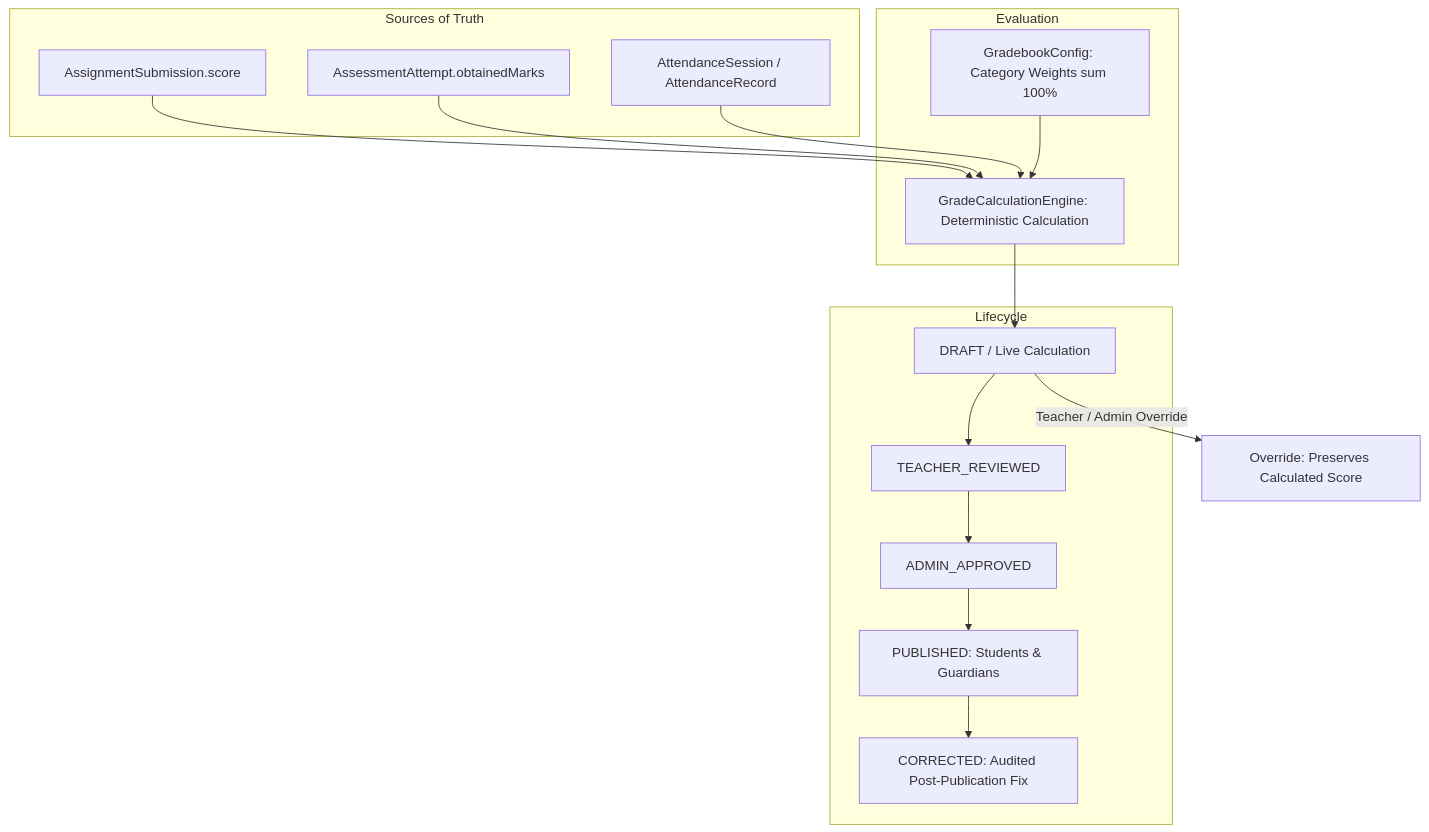
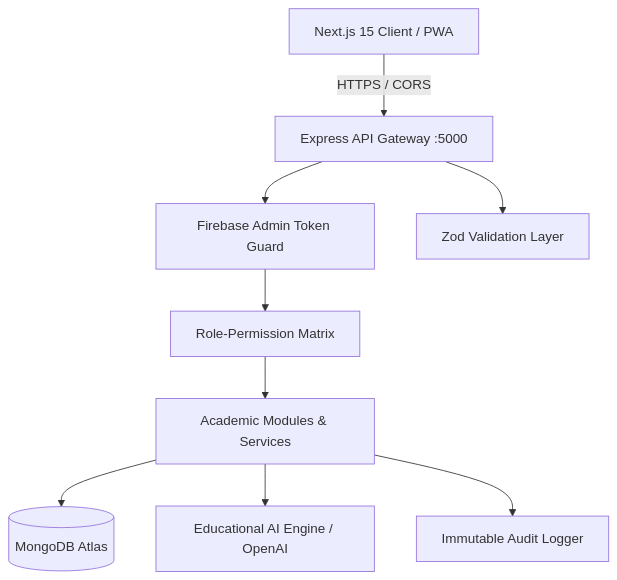
The diagram in README.md (MSabbirHossen/ETA), drawn with Mermaid before and after one commit. The commit also changed other lines of this file, not shown here.

````diff
--- a/README.md
+++ b/README.md
@@ -351,27 +225,11 @@
 ```mermaid
 graph TD
-    subgraph Sources of Truth
-        Sub[AssignmentSubmission.score]
-        Att[AssessmentAttempt.obtainedMarks]
-        Rec[AttendanceSession / AttendanceRecord]
-    end
-
-    subgraph Evaluation
-        Config[GradebookConfig: Category Weights sum 100%]
-        Engine[GradeCalculationEngine: Deterministic Calculation]
-        Sub --> Engine
-        Att --> Engine
-        Rec --> Engine
-        Config --> Engine
-    end
-
-    subgraph Lifecycle
-        Draft[DRAFT / Live Calculation] --> TeacherRev[TEACHER_REVIEWED]
-        TeacherRev --> AdminAppr[ADMIN_APPROVED]
-        AdminAppr --> Published[PUBLISHED: Students & Guardians]
-        Published --> Corrected[CORRECTED: Audited Post-Publication Fix]
-    end
-
-    Engine --> Draft
-    Draft -->|Teacher / Admin Override| Overridden[Override: Preserves Calculated Score]
+    Client[Next.js 15 Client / PWA] -->|HTTPS / CORS| API[Express API Gateway :5000]
+    API --> Auth[Firebase Admin Token Guard]
+    API --> Zod[Zod Validation Layer]
+    Auth --> RBAC[Role-Permission Matrix]
+    RBAC --> Modules[Academic Modules & Services]
+    Modules --> DB[(MongoDB Atlas)]
+    Modules --> AI[Educational AI Engine / OpenAI]
+    Modules --> Audit[Immutable Audit Logger]
 ```
````
